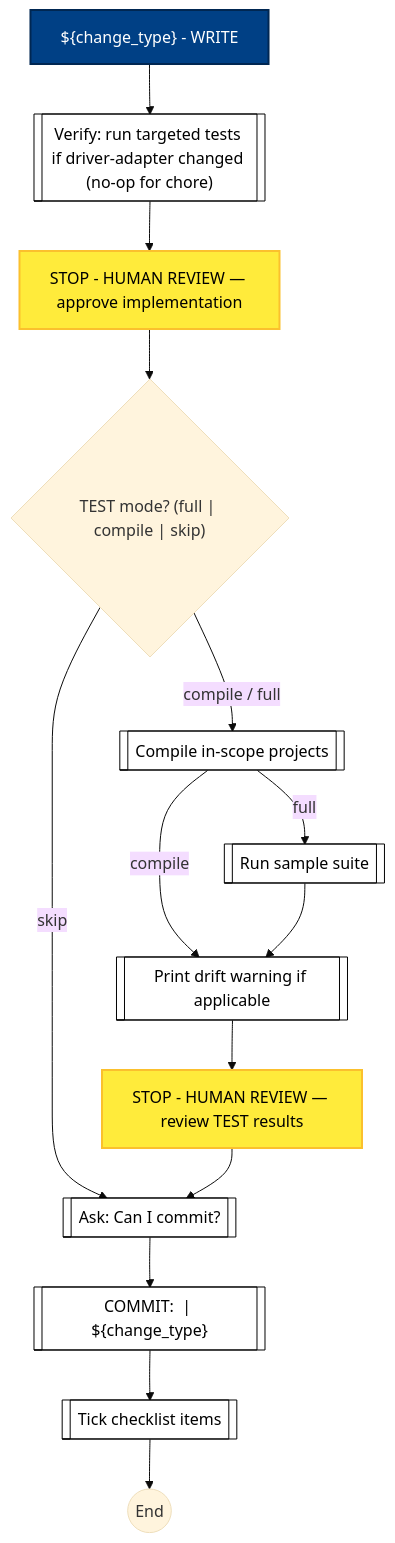
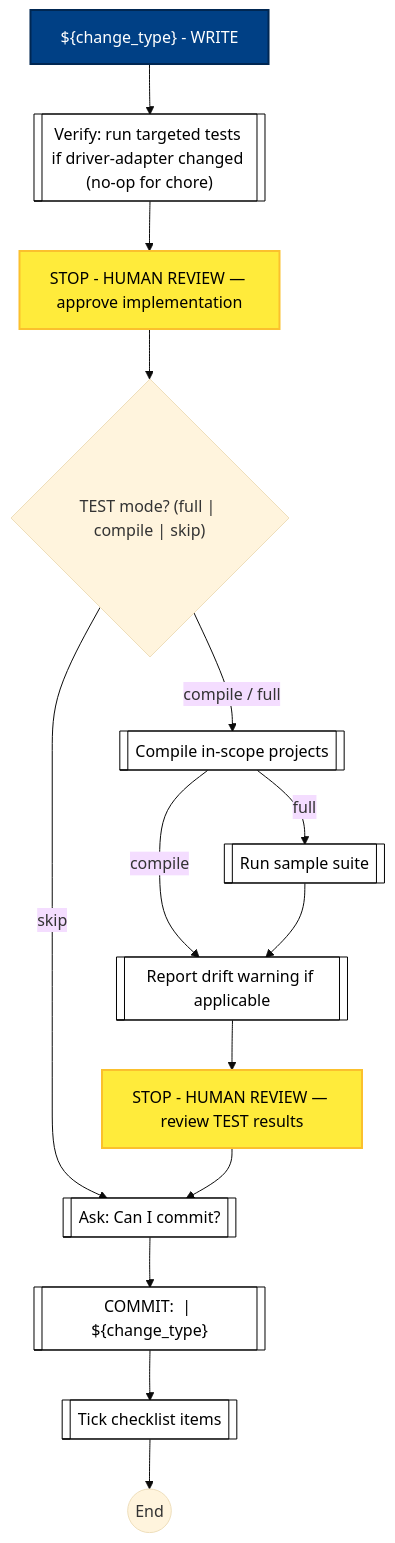
Before and after one commit to optivem/gh-optivem: the ninth of 12 diagrams in docs/process-diagram.md, drawn with Mermaid (base theme). The commit also changed other lines of this file and 12 other files, not shown here.

First line of the commit message:
atdd: collapse run_cycle to change_type, honest intake names, add flow outputs

````diff
--- a/docs/process-diagram.md
+++ b/docs/process-diagram.md
@@ -233,38 +240,38 @@
 ```mermaid
 flowchart TD
     ASK_COMMIT[[Ask: Can I commit?]]
     COMMIT_STRUCT[["COMMIT: <Ticket> | ${change_type}"]]
     COMPILE[[Compile in-scope projects]]
-    DRIFT[[Print drift warning if applicable]]
+    DRIFT[[Report drift warning if applicable]]
     GATE_TEST_MODE{"TEST mode? (full | compile | skip)"}
     SAMPLE[[Run sample suite]]
     STOP_STRUCT_REVIEW[STOP - HUMAN REVIEW — approve implementation]
     STOP_STRUCT_TEST[STOP - HUMAN REVIEW — review TEST results]
     STRUCT_END((End))
     STRUCT_WRITE["${change_type} - WRITE"]
     TICK[[Tick checklist items]]
     VERIFY_STRUCT_DRIVER[["Verify: run targeted tests if driver-adapter changed (no-op for chore)"]]
 
     STRUCT_WRITE --> VERIFY_STRUCT_DRIVER
     VERIFY_STRUCT_DRIVER --> STOP_STRUCT_REVIEW
     STOP_STRUCT_REVIEW --> GATE_TEST_MODE
     GATE_TEST_MODE -- skip --> ASK_COMMIT
     GATE_TEST_MODE -- compile / full --> COMPILE
     COMPILE -- full --> SAMPLE
     COMPILE -- compile --> DRIFT
     SAMPLE --> DRIFT
     DRIFT --> STOP_STRUCT_TEST
     STOP_STRUCT_TEST --> ASK_COMMIT
     ASK_COMMIT --> COMMIT_STRUCT
     COMMIT_STRUCT --> TICK
     TICK --> STRUCT_END
 
     classDef serviceNode fill:#ffffff,stroke:#000000,stroke-width:1px,color:#000000
     class ASK_COMMIT,COMMIT_STRUCT,COMPILE,DRIFT,SAMPLE,TICK,VERIFY_STRUCT_DRIVER serviceNode
 
     classDef agentNode fill:#004085,stroke:#002752,stroke-width:2px,color:#ffffff
     class STRUCT_WRITE agentNode
 
     classDef humanNode fill:#ffeb3b,stroke:#fbc02d,stroke-width:2px,color:#000000
     class STOP_STRUCT_REVIEW,STOP_STRUCT_TEST humanNode
 ```
````
